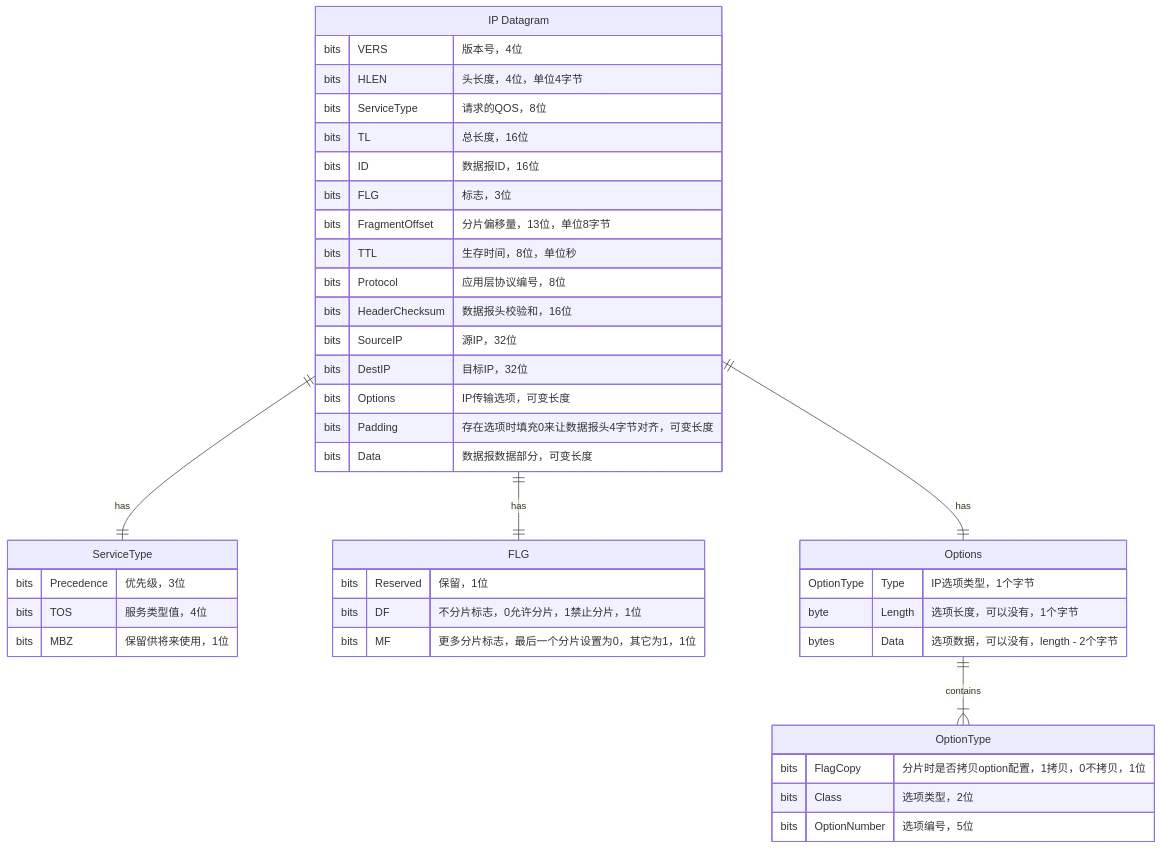
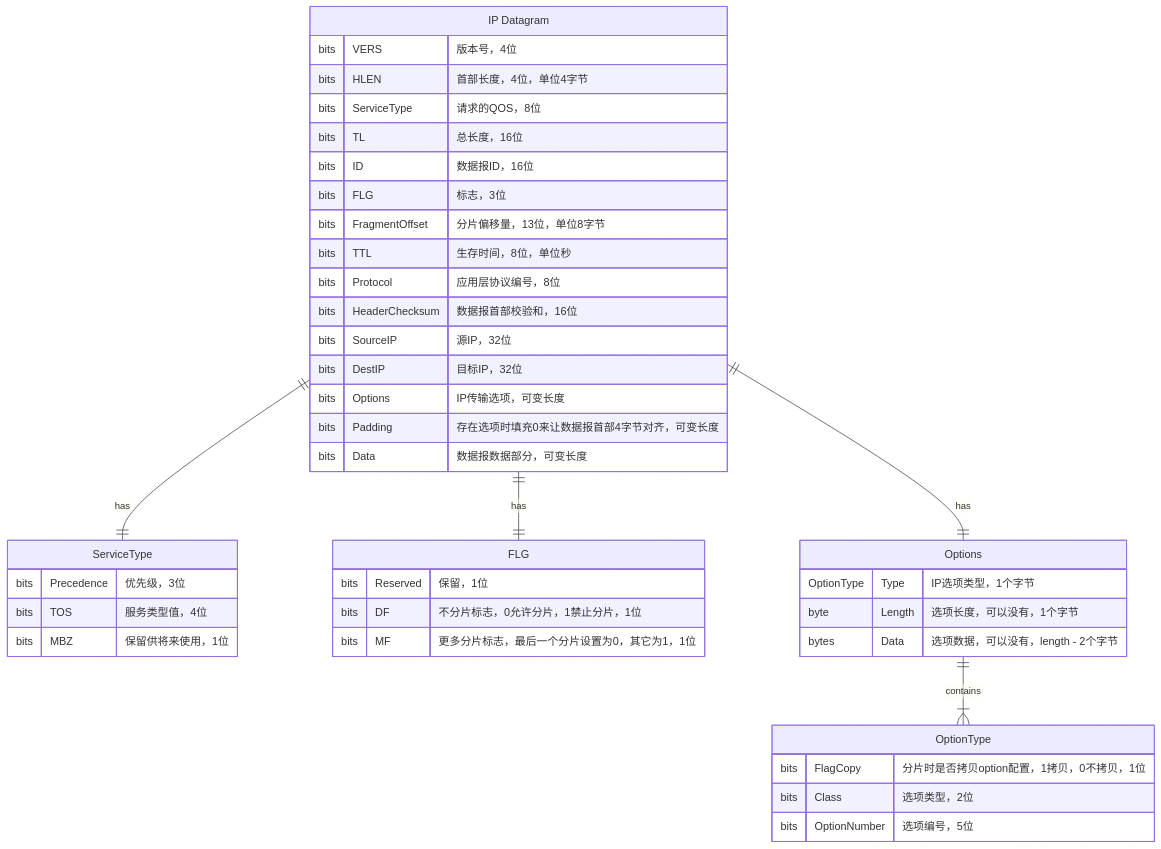
Before and after one commit to willmao/blog: the second of 2 diagrams in source/_posts/ip-datagram-format.md, drawn with Mermaid. The commit also changed other lines of this file and 3 other files, not shown here.

````diff
--- a/source/_posts/ip-datagram-format.md
+++ b/source/_posts/ip-datagram-format.md
@@ -33,49 +33,49 @@
 ```mermaid
 erDiagram
     datagram["IP Datagram"] {
         bits VERS           "版本号，4位"
-        bits HLEN           "头长度，4位，单位4字节"
+        bits HLEN           "首部长度，4位，单位4字节"
         bits ServiceType    "请求的QOS，8位"
         bits TL             "总长度，16位"
         bits ID             "数据报ID，16位"
         bits FLG            "标志，3位"
         bits FragmentOffset "分片偏移量，13位，单位8字节"
         bits TTL            "生存时间，8位，单位秒"
         bits Protocol       "应用层协议编号，8位"
-        bits HeaderChecksum "数据报头校验和，16位"
+        bits HeaderChecksum "数据报首部校验和，16位"
         bits SourceIP       "源IP，32位"
         bits DestIP         "目标IP，32位"
         bits Options        "IP传输选项，可变长度"
-        bits Padding        "存在选项时填充0来让数据报头4字节对齐，可变长度"
+        bits Padding        "存在选项时填充0来让数据报首部4字节对齐，可变长度"
         bits Data           "数据报数据部分，可变长度"
     }
 
     tos["ServiceType"] {
         bits Precedence     "优先级，3位"
         bits TOS            "服务类型值，4位"
         bits MBZ            "保留供将来使用，1位"
     }
 
     flag["FLG"] {
         bits Reserved       "保留，1位"
         bits DF             "不分片标志，0允许分片，1禁止分片，1位"
         bits MF             "更多分片标志，最后一个分片设置为0，其它为1，1位"
     }
 
     options["Options"] {
         OptionType Type     "IP选项类型，1个字节"
         byte Length         "选项长度，可以没有，1个字节"
         bytes Data          "选项数据，可以没有，length - 2个字节"
     }
 
     option_type["OptionType"] {
         bits FlagCopy       "分片时是否拷贝option配置，1拷贝，0不拷贝，1位"
         bits Class          "选项类型，2位"
         bits OptionNumber   "选项编号，5位"
     }
 
     datagram ||--|| tos : has
     datagram ||--|| flag : has
     datagram ||--|| options : has
     options  ||--|{ option_type : contains
 ```
````
